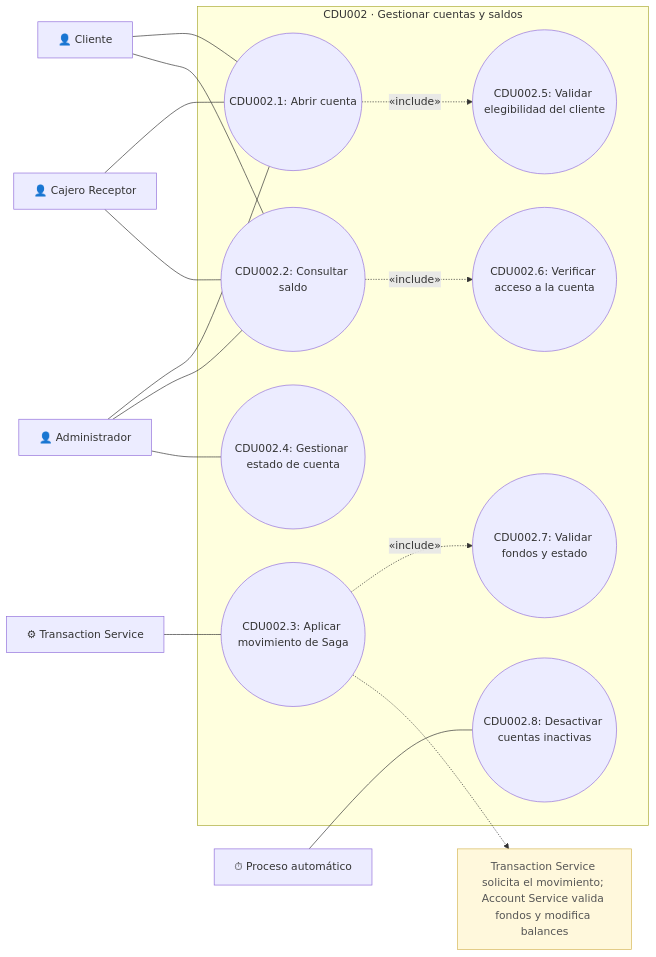
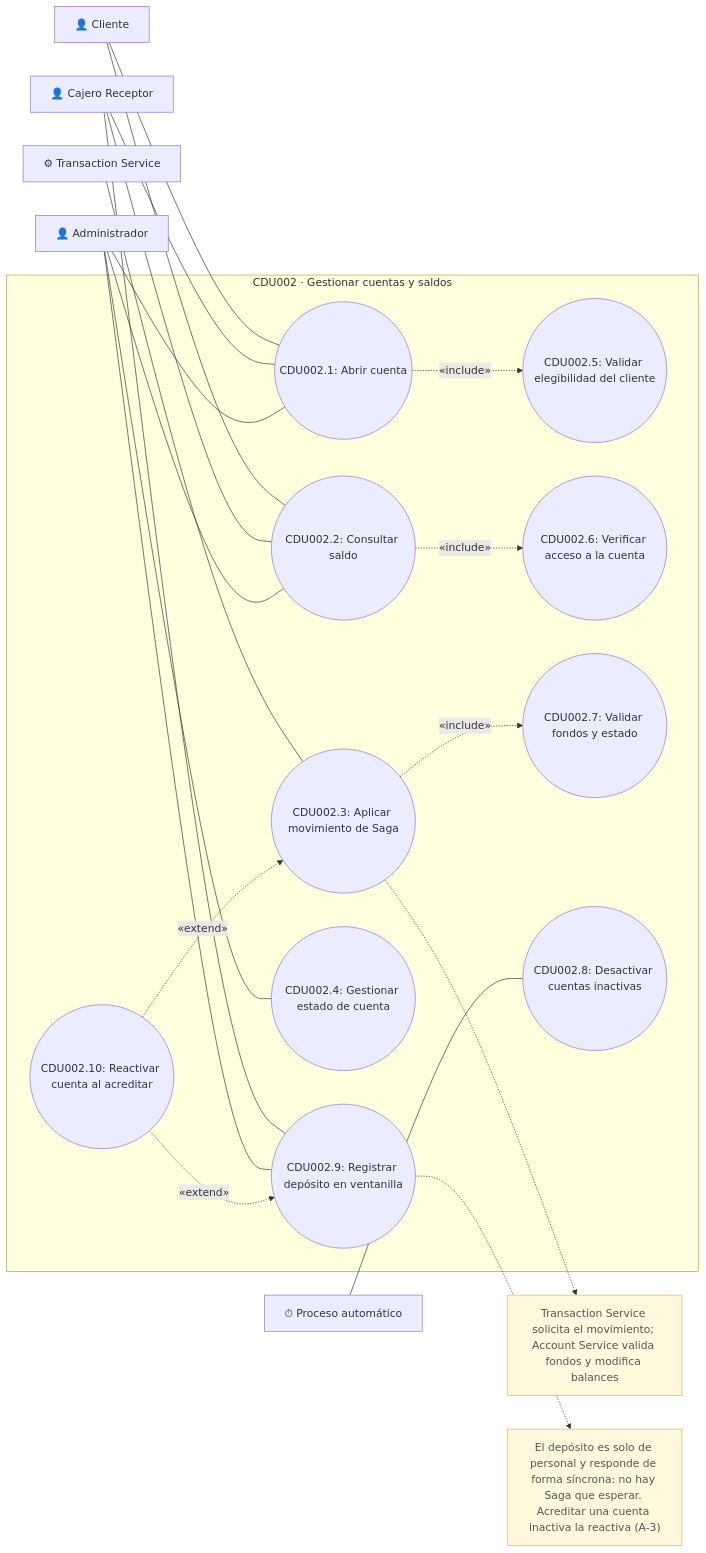
One commit to marcosbondel/Proyecto-SA-B-2 changed the diagram in docs/architecture/diagrams/cdu/account/account-casos-de-uso.mmd. Above: the diagram before and after it, drawn with Mermaid. The commit also changed 66 other files, not shown here.

```diff
--- a/docs/architecture/diagrams/cdu/account/account-casos-de-uso.mmd
+++ b/docs/architecture/diagrams/cdu/account/account-casos-de-uso.mmd
@@ -1,36 +1,45 @@
 flowchart LR
     client["👤 Cliente"]
     teller["👤 Cajero Receptor"]
     admin["👤 Administrador"]
     transactionService["⚙ Transaction Service"]
     scheduler["⏱ Proceso automático"]
 
     subgraph account["CDU002 · Gestionar cuentas y saldos"]
         open(("CDU002.1: Abrir cuenta"))
         balance(("CDU002.2: Consultar saldo"))
         movement(("CDU002.3: Aplicar movimiento de Saga"))
         status(("CDU002.4: Gestionar estado de cuenta"))
         eligibility(("CDU002.5: Validar elegibilidad del cliente"))
         access(("CDU002.6: Verificar acceso a la cuenta"))
         funds(("CDU002.7: Validar fondos y estado"))
         automatic(("CDU002.8: Desactivar cuentas inactivas"))
+        deposit(("CDU002.9: Registrar depósito en ventanilla"))
+        reactivate(("CDU002.10: Reactivar cuenta al acreditar"))
     end
 
     client --- open
     client --- balance
     teller --- open
     teller --- balance
     admin --- open
     admin --- balance
     admin --- status
+    teller --- deposit
+    admin --- deposit
     transactionService --- movement
     scheduler --- automatic
 
     open -. "«include»" .-> eligibility
     balance -. "«include»" .-> access
     movement -. "«include»" .-> funds
+    reactivate -. "«extend»" .-> deposit
+    reactivate -. "«extend»" .-> movement
 
     note["Transaction Service solicita el movimiento; Account Service valida fondos y modifica balances"]:::note
     movement -.-> note
 
+    depositNote["El depósito es solo de personal y responde de forma síncrona: no hay Saga que esperar. Acreditar una cuenta inactiva la reactiva (A-3)"]:::note
+    deposit -.-> depositNote
+
     classDef note fill:#FFF8DC,stroke:#D6B656,color:#555555;
```
